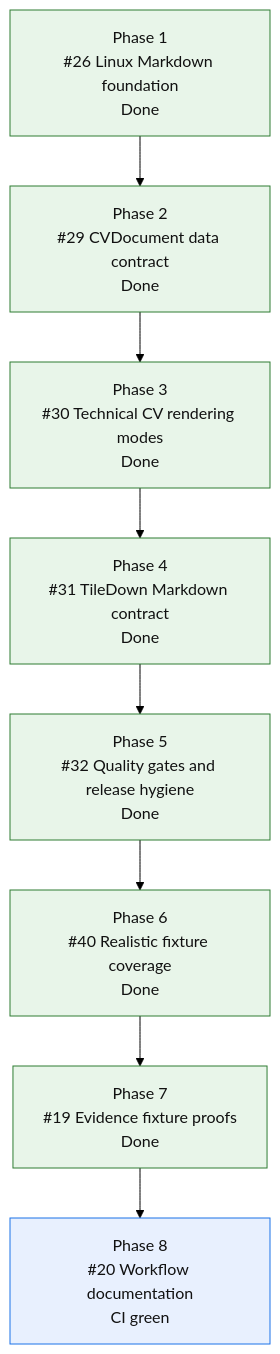
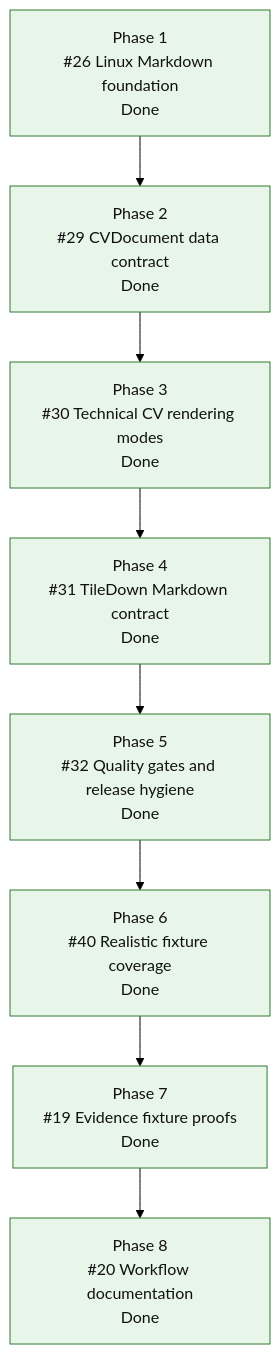
The diagram in README.md (mihaelamj/cvbuilder), drawn with Mermaid (forest theme) before and after one commit. The commit also changed 1 other file, not shown here.

Commit message:
docs(roadmap): mark evidence epic complete (#46)

````diff
--- a/README.md
+++ b/README.md
@@ -156,23 +156,22 @@
 ```mermaid
 flowchart TD
     P1["Phase 1<br/>#26 Linux Markdown foundation<br/>Done"]
     P2["Phase 2<br/>#29 CVDocument data contract<br/>Done"]
     P3["Phase 3<br/>#30 Technical CV rendering modes<br/>Done"]
     P4["Phase 4<br/>#31 TileDown Markdown contract<br/>Done"]
     P5["Phase 5<br/>#32 Quality gates and release hygiene<br/>Done"]
     P6["Phase 6<br/>#40 Realistic fixture coverage<br/>Done"]
     P7["Phase 7<br/>#19 Evidence fixture proofs<br/>Done"]
-    P8["Phase 8<br/>#20 Workflow documentation<br/>CI green"]
+    P8["Phase 8<br/>#20 Workflow documentation<br/>Done"]
 
     P1 --> P2 --> P3 --> P4 --> P5 --> P6 --> P7 --> P8
 
     classDef done fill:#e8f5e9,stroke:#2e7d32,color:#111;
     classDef active fill:#fff3e0,stroke:#ef6c00,color:#111;
     classDef review fill:#e8f0fe,stroke:#1a73e8,color:#111;
     classDef next fill:#fff8e1,stroke:#f9a825,color:#111;
     classDef partial fill:#e0f7fa,stroke:#00838f,color:#111;
     classDef todo fill:#eef3ff,stroke:#3367d6,color:#111;
     class P1,P2,P3,P4 done;
-    class P5,P6,P7 done;
-    class P8 review;
+    class P5,P6,P7,P8 done;
 ```
````
